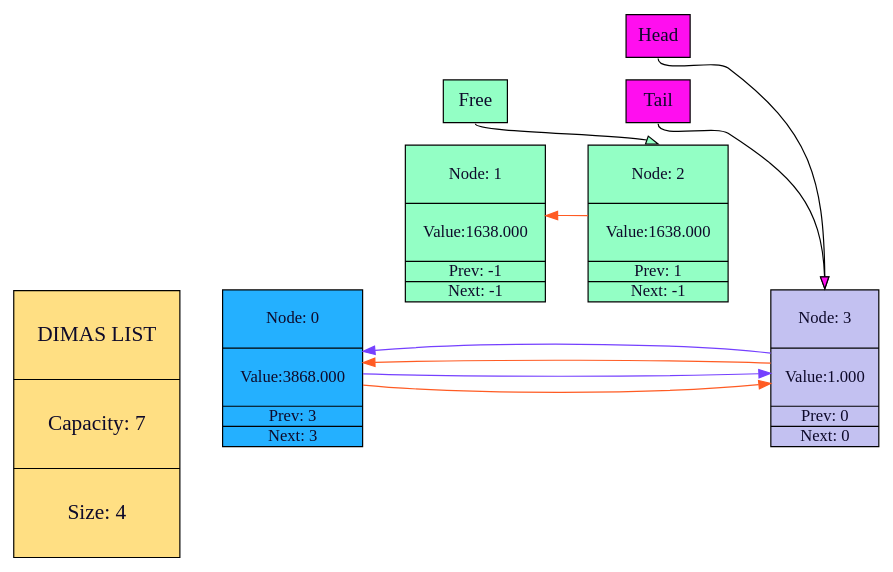
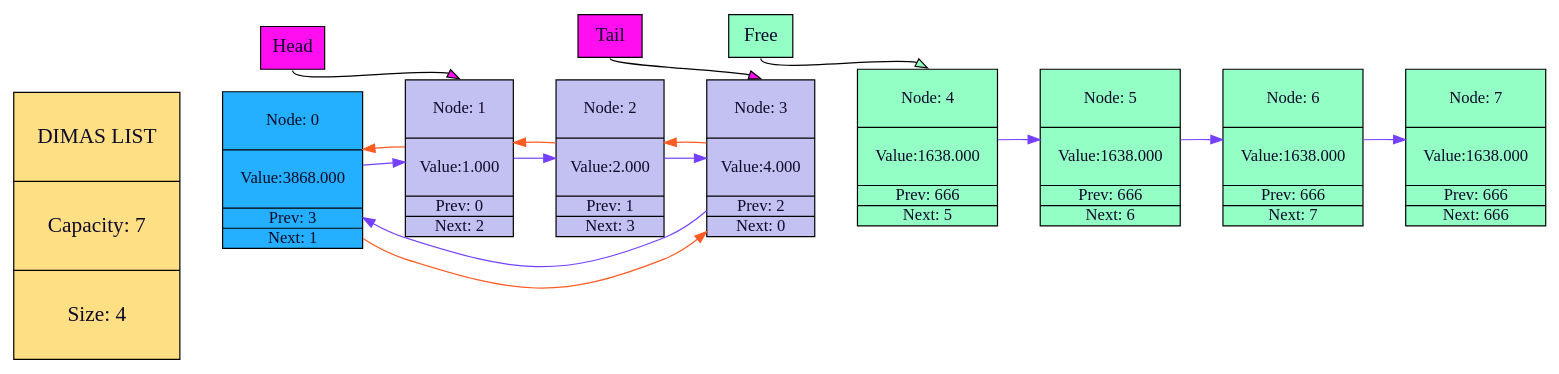
Before and after one commit to dmjtsh/huawei_course: the diagram in 5-list/5-list/list_graph.gv, drawn with Graphviz. The commit also changed 7 other files, not shown here.

```diff
--- a/5-list/5-list/list_graph.gv
+++ b/5-list/5-list/list_graph.gv
@@ -1,31 +1,47 @@
 digraph ListGraph {
 rankdir="LR";
 node [shape="box", style="filled", fillcolor="#24b0ff", fontcolor="#0e0a2a", margin="0.01"];
-"Node0" [shape="record", label="\n Node: 0 \n\n|\n Value:3868.000\n\n | Prev: 3 | Next: 3"];
+"Node0" [shape="record", label="\n Node: 0 \n\n|\n Value:3868.000\n\n | Prev: 3 | Next: 1"];
+node [shape="box", style="filled", fillcolor="#c3c1f1", fontcolor="#0e0a2a", margin="0.01"];
+"Node1" [shape="record", label="\n Node: 1 \n\n|\n Value:1.000\n\n | Prev: 0 | Next: 2"];
+node [shape="box", style="filled", fillcolor="#c3c1f1", fontcolor="#0e0a2a", margin="0.01"];
+"Node2" [shape="record", label="\n Node: 2 \n\n|\n Value:2.000\n\n | Prev: 1 | Next: 3"];
+node [shape="box", style="filled", fillcolor="#c3c1f1", fontcolor="#0e0a2a", margin="0.01"];
+"Node3" [shape="record", label="\n Node: 3 \n\n|\n Value:4.000\n\n | Prev: 2 | Next: 0"];
 node [shape="box", style="filled", fillcolor="#c3c1f1", fontcolor="#0e0a2a", margin="0.01"];
 node [shape="box", style="filled", fillcolor="#93ffc5", fontcolor="#0e0a2a", margin="0.01"];
-"Node1" [shape="record", label="\n Node: 1 \n\n|\n Value:1638.000\n\n | Prev: -1 | Next: -1"];
+"Node4" [shape="record", label="\n Node: 4 \n\n|\n Value:1638.000\n\n | Prev: 666 | Next: 5"];
 node [shape="box", style="filled", fillcolor="#c3c1f1", fontcolor="#0e0a2a", margin="0.01"];
 node [shape="box", style="filled", fillcolor="#93ffc5", fontcolor="#0e0a2a", margin="0.01"];
-"Node2" [shape="record", label="\n Node: 2 \n\n|\n Value:1638.000\n\n | Prev: 1 | Next: -1"];
+"Node5" [shape="record", label="\n Node: 5 \n\n|\n Value:1638.000\n\n | Prev: 666 | Next: 6"];
 node [shape="box", style="filled", fillcolor="#c3c1f1", fontcolor="#0e0a2a", margin="0.01"];
-"Node3" [shape="record", label="\n Node: 3 \n\n|\n Value:1.000\n\n | Prev: 0 | Next: 0"];
+node [shape="box", style="filled", fillcolor="#93ffc5", fontcolor="#0e0a2a", margin="0.01"];
+"Node6" [shape="record", label="\n Node: 6 \n\n|\n Value:1638.000\n\n | Prev: 666 | Next: 7"];
 node [shape="box", style="filled", fillcolor="#c3c1f1", fontcolor="#0e0a2a", margin="0.01"];
-"Node0" -> "Node1" [color="#43ff6400"];"Node1" -> "Node2" [color="#43ff6400"];"Node2" -> "Node3" [color="#43ff6400"];"Node0" -> "Node3"  [color="#ff5b23" fontcolor="#ff5b23"];
-"Node0" -> "Node3" [color="#7540ff" fontcolor="#7540ff"];
+node [shape="box", style="filled", fillcolor="#93ffc5", fontcolor="#0e0a2a", margin="0.01"];
+"Node7" [shape="record", label="\n Node: 7 \n\n|\n Value:1638.000\n\n | Prev: 666 | Next: 666"];
+node [shape="box", style="filled", fillcolor="#c3c1f1", fontcolor="#0e0a2a", margin="0.01"];
+"Node0" -> "Node1" [color="#43ff6400"];"Node1" -> "Node2" [color="#43ff6400"];"Node2" -> "Node3" [color="#43ff6400"];"Node3" -> "Node4" [color="#43ff6400"];"Node4" -> "Node5" [color="#43ff6400"];"Node5" -> "Node6" [color="#43ff6400"];"Node6" -> "Node7" [color="#43ff6400"];"Node0" -> "Node3"  [color="#ff5b23" fontcolor="#ff5b23"];
+"Node0" -> "Node1" [color="#7540ff" fontcolor="#7540ff"];
+"Node1" -> "Node0"  [color="#ff5b23" fontcolor="#ff5b23"];
+"Node1" -> "Node2" [color="#7540ff" fontcolor="#7540ff"];
 "Node2" -> "Node1"  [color="#ff5b23" fontcolor="#ff5b23"];
-"Node3" -> "Node0"  [color="#ff5b23" fontcolor="#ff5b23"];
+"Node2" -> "Node3" [color="#7540ff" fontcolor="#7540ff"];
+"Node3" -> "Node2"  [color="#ff5b23" fontcolor="#ff5b23"];
 "Node3" -> "Node0" [color="#7540ff" fontcolor="#7540ff"];
+"Node4" -> "Node5" [color="#7540ff" fontcolor="#7540ff"];
+"Node5" -> "Node6" [color="#7540ff" fontcolor="#7540ff"];
+"Node6" -> "Node7" [color="#7540ff" fontcolor="#7540ff"];
 node [shape="box", style="filled", fillcolor="#ffdf83", fontcolor="#0e0a2a", margin="0.1"];
 List [shape=record, label="\n DIMAS LIST \n \n | \n Capacity: 7 \n \n | \n Size: 4 \n \n" , fontsize=18];
 node [shape=box, style=filled, fillcolor="#93ffc5", fontcolor="#0e0a2a", margin="0.01"];
 Free [shape=record, label="Free", fontsize=16];
 node [shape=box, style=filled, fillcolor="#ff0eef", fontcolor="#0e0a2a", margin="0.01"];
 Head [shape=record, label="Head", fontsize=16];
 node [shape=box, style=filled, fillcolor="#ff0eef", fontcolor="#0e0a2a", margin="0.01"];
 Tail [shape=record, label="Tail", fontsize=16];
 "List" -> "Node0" [weight=1, color="#43ff6400", headport=n, tailport=n];
-"Free" -> "Node2" [headport=n, tailport=s, constraint=true, fillcolor="#93ffc5"];
+"Free" -> "Node4" [headport=n, tailport=s, constraint=true, fillcolor="#93ffc5"];
 "Tail" -> "Node3" [headport=n, tailport=s, constraint=true, fillcolor="#ff0eef"];
-"Head" -> "Node3" [headport=n, tailport=s, constraint=true, fillcolor="#ff0eef"];
+"Head" -> "Node1" [headport=n, tailport=s, constraint=true, fillcolor="#ff0eef"];
 }
```
